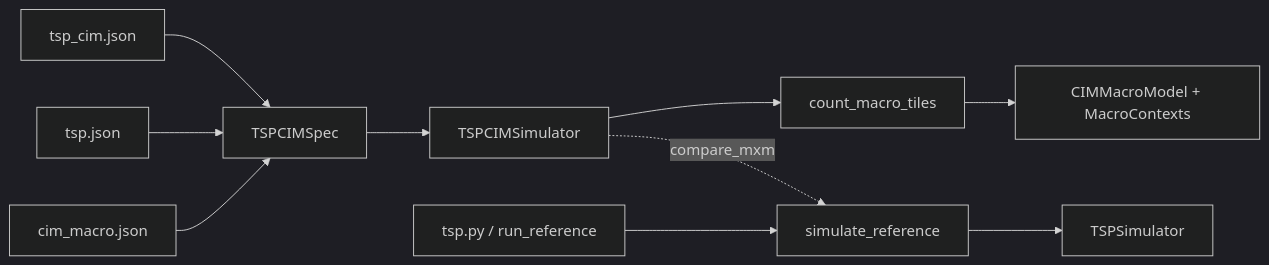
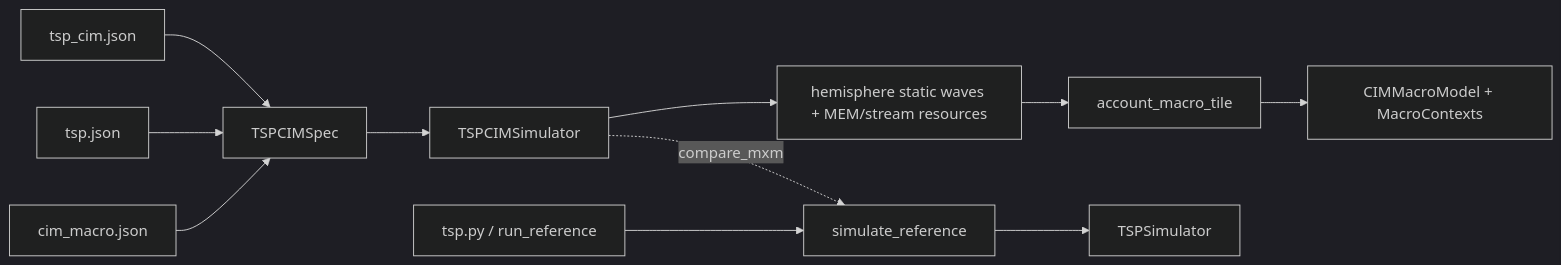
One commit to pku-pacific-lab-team/huawei_dfp changed the second of 2 diagrams in ARCHITECTURE.md. Above: the diagram before and after it, drawn with Mermaid (dark theme). The commit also changed other lines of this file and 113 other files, not shown here.

````diff
--- a/ARCHITECTURE.md
+++ b/ARCHITECTURE.md
@@ -71,12 +60,13 @@
 ```mermaid
 flowchart LR
     TC["tsp_cim.json"] --> CS["TSPCIMSpec"]
     NC["tsp.json"] --> CS
     MC["cim_macro.json"] --> CS
     CS --> CI["TSPCIMSimulator"]
-    CI --> C["count_macro_tiles"]
+    CI --> H["hemisphere static waves + MEM/stream resources"]
+    H --> C["account_macro_tile"]
     C --> M["CIMMacroModel + MacroContexts"]
     CI -.->|compare_mxm| R["simulate_reference"]
     N["tsp.py / run_reference"] --> R
     R --> NS["TSPSimulator"]
 ```
````
